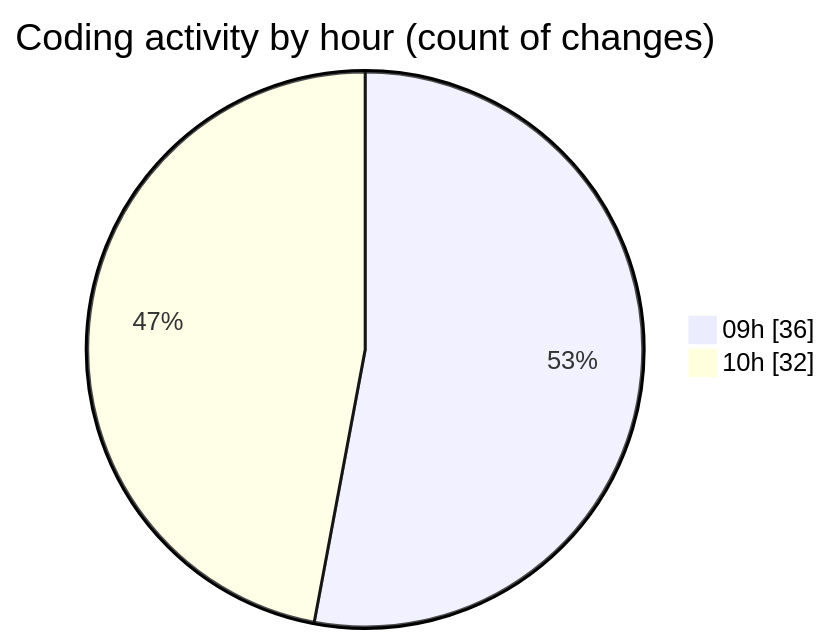
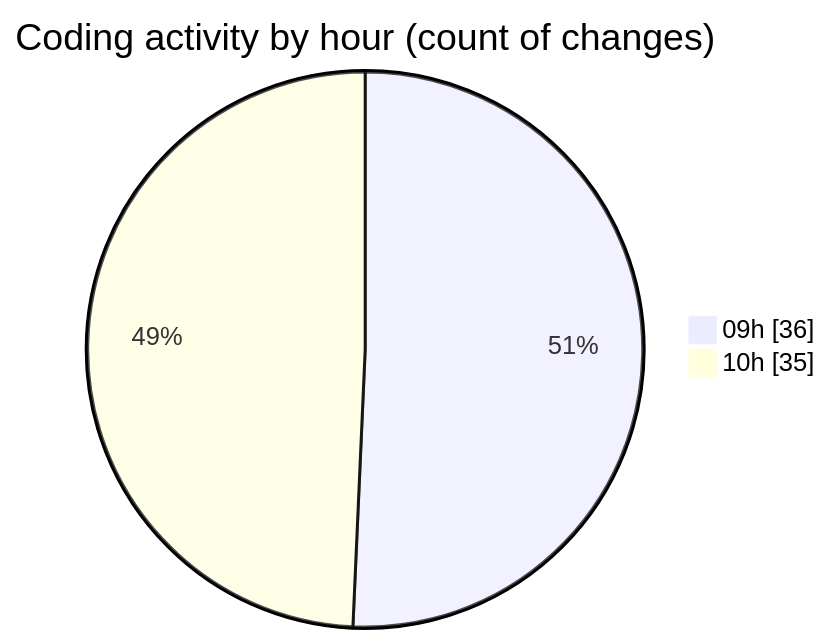
The second of 2 diagrams in 2026-04-16/cda/README.md (momahboobian/code-tracking), drawn with Mermaid before and after one commit. The commit also changed other lines of this file and 1 other file, not shown here.

````diff
--- a/2026-04-16/cda/README.md
+++ b/2026-04-16/cda/README.md
@@ -31,6 +31,6 @@
 ```mermaid
 pie showData
 title Coding activity by hour (count of changes)
 "09h" : 36
-"10h" : 32
+"10h" : 35
 ```
````
